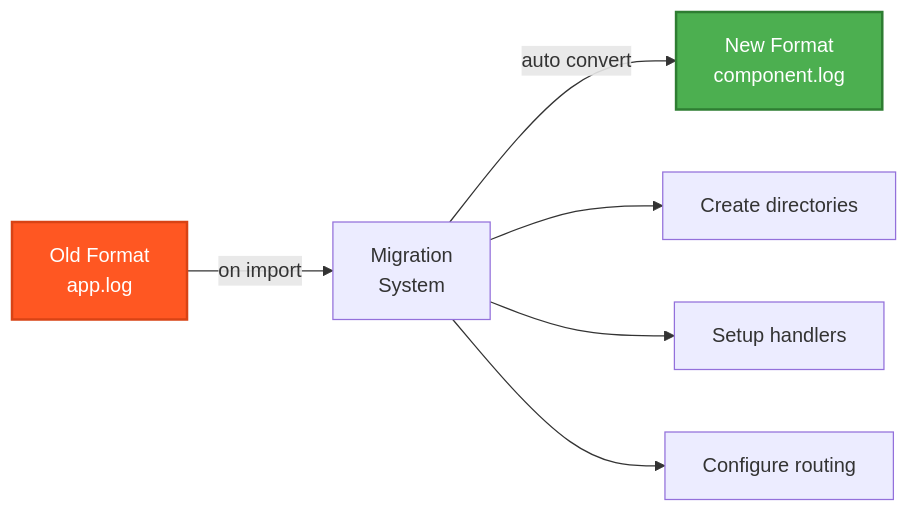
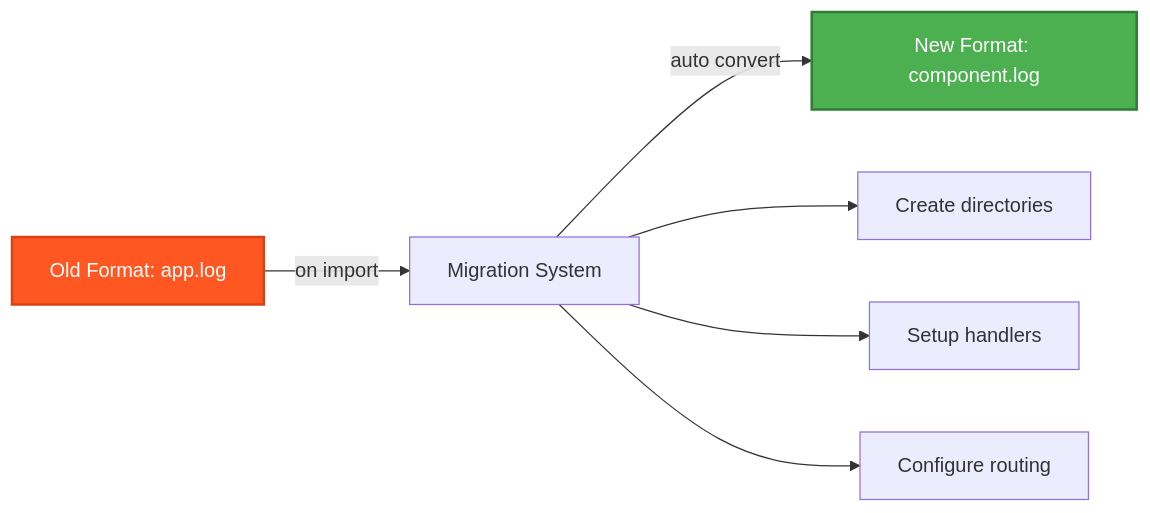
The fifth of 5 diagrams in docs/operations/logging-observability.md (nickpeterson92/consultant-assistant), drawn with Mermaid before and after one commit. The commit also changed other lines of this file and 10 other files, not shown here.

Commit message:
mermaid update

````diff
--- a/docs/operations/logging-observability.md
+++ b/docs/operations/logging-observability.md
@@ -414,19 +414,19 @@
 ```mermaid
 flowchart LR
     %% Define styles
     classDef oldClass fill:#ff5722,stroke:#d84315,stroke-width:2px,color:#ffffff
     classDef newClass fill:#4caf50,stroke:#2e7d32,stroke-width:2px,color:#ffffff
     
     %% Migration flow
-    OLD[Old Format<br/>app.log]:::oldClass
-    MIG[Migration<br/>System]
-    NEW[New Format<br/>component.log]:::newClass
+    OLD[Old Format: app.log]:::oldClass
+    MIG[Migration System]
+    NEW[New Format: component.log]:::newClass
     
     OLD -->|"on import"| MIG
     MIG -->|"auto convert"| NEW
     
     %% Details
     MIG --> D1[Create directories]
     MIG --> D2[Setup handlers]
     MIG --> D3[Configure routing]
 ```
````
